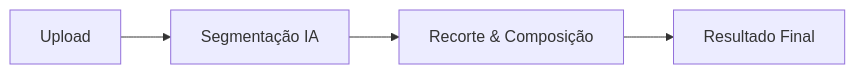
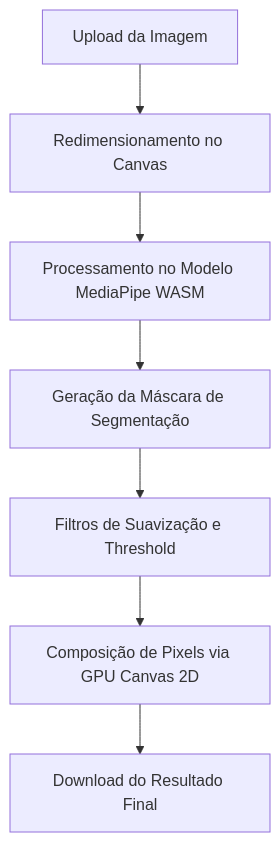
Before and after one commit to bersou/colorpop-pwa: the diagram in README.md, drawn with Mermaid. The commit also changed other lines of this file, not shown here.

````diff
--- a/README.md
+++ b/README.md
@@ -20,4 +28,9 @@
 ```mermaid
-graph LR
-    A[Upload] --> B[Segmentação IA] --> C[Recorte & Composição] --> D[Resultado Final]
+graph TD
+    A[Upload da Imagem] --> B[Redimensionamento no Canvas]
+    B --> C[Processamento no Modelo MediaPipe WASM]
+    C --> D[Geração da Máscara de Segmentação]
+    D --> E[Filtros de Suavização e Threshold]
+    E --> F[Composição de Pixels via GPU Canvas 2D]
+    F --> G[Download do Resultado Final]
 ```
````
